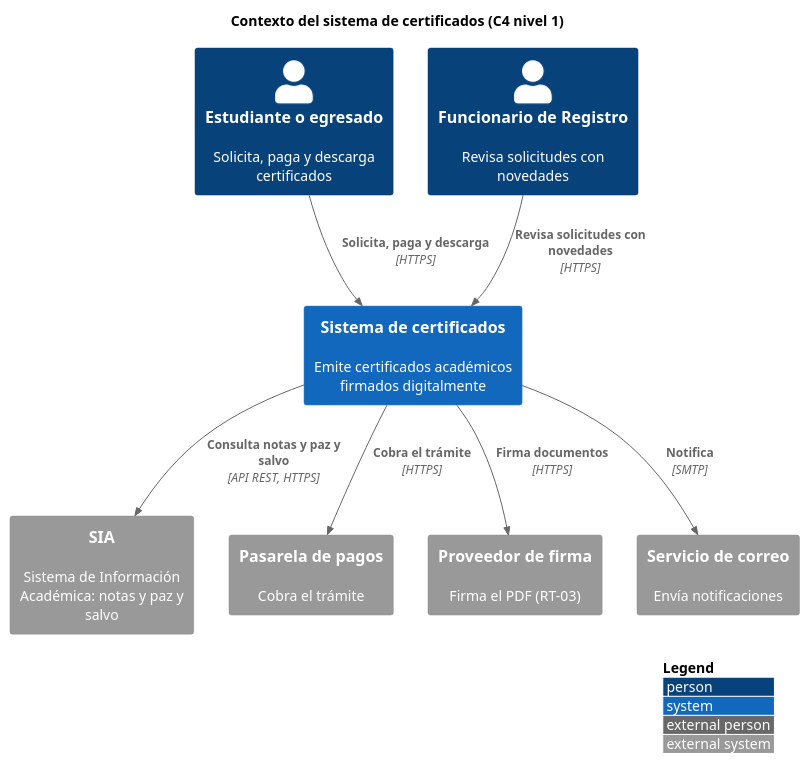
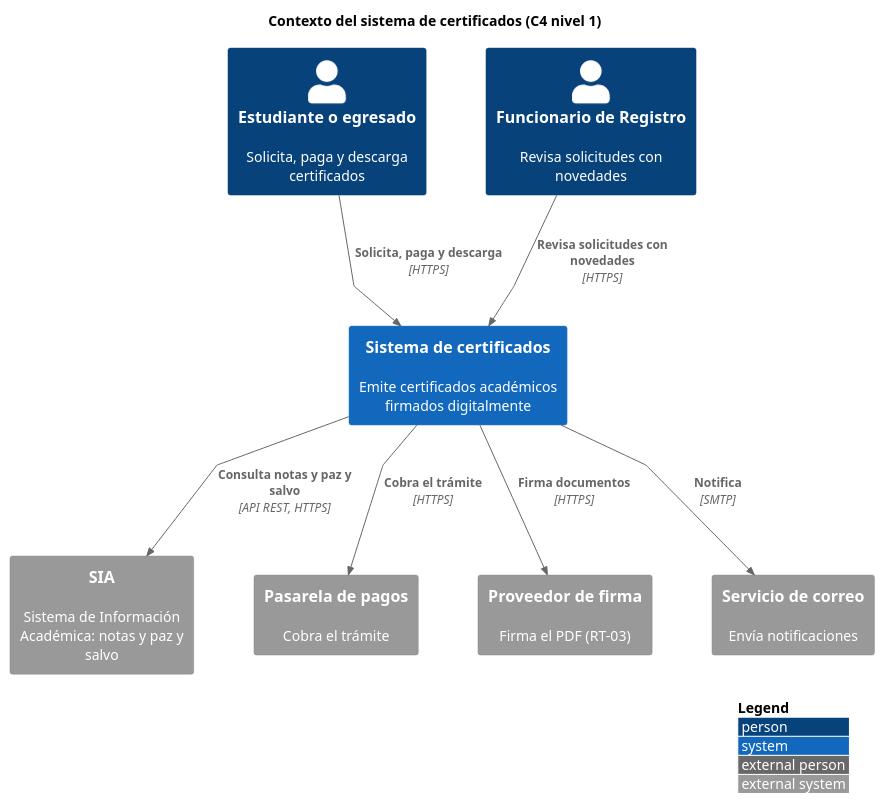
The diagram in docs/diagramas/contexto.puml (johnny9052/certificados), drawn with PlantUML before and after one commit. The commit also changed 38 other files, not shown here.

```diff
--- a/docs/diagramas/contexto.puml
+++ b/docs/diagramas/contexto.puml
@@ -1,22 +1,30 @@
 @startuml contexto
 !include <C4/C4_Context>
 LAYOUT_WITH_LEGEND()
+skinparam linetype polyline
+skinparam nodesep 60
+skinparam ranksep 80
 title Contexto del sistema de certificados (C4 nivel 1)
 
 Person(estudiante, "Estudiante o egresado", "Solicita, paga y descarga certificados")
 Person(funcionario, "Funcionario de Registro", "Revisa solicitudes con novedades")
 
 System(sistema, "Sistema de certificados", "Emite certificados académicos firmados digitalmente")
 
 System_Ext(sia, "SIA", "Sistema de Información Académica: notas y paz y salvo")
 System_Ext(pagos, "Pasarela de pagos", "Cobra el trámite")
 System_Ext(firma, "Proveedor de firma", "Firma el PDF (RT-03)")
 System_Ext(correo, "Servicio de correo", "Envía notificaciones")
 
-Rel(estudiante, sistema, "Solicita, paga y descarga", "HTTPS")
-Rel(funcionario, sistema, "Revisa solicitudes con novedades", "HTTPS")
-Rel(sistema, sia, "Consulta notas y paz y salvo", "API REST, HTTPS")
-Rel(sistema, pagos, "Cobra el trámite", "HTTPS")
-Rel(sistema, firma, "Firma documentos", "HTTPS")
-Rel(sistema, correo, "Notifica", "SMTP")
+Lay_R(estudiante, funcionario)
+Lay_R(sia, pagos)
+Lay_R(pagos, firma)
+Lay_R(firma, correo)
+
+Rel_D(estudiante, sistema, "Solicita, paga y descarga", "HTTPS")
+Rel_D(funcionario, sistema, "Revisa solicitudes con novedades", "HTTPS")
+Rel_D(sistema, sia, "Consulta notas y paz y salvo", "API REST, HTTPS")
+Rel_D(sistema, pagos, "Cobra el trámite", "HTTPS")
+Rel_D(sistema, firma, "Firma documentos", "HTTPS")
+Rel_D(sistema, correo, "Notifica", "SMTP")
 @enduml
```
